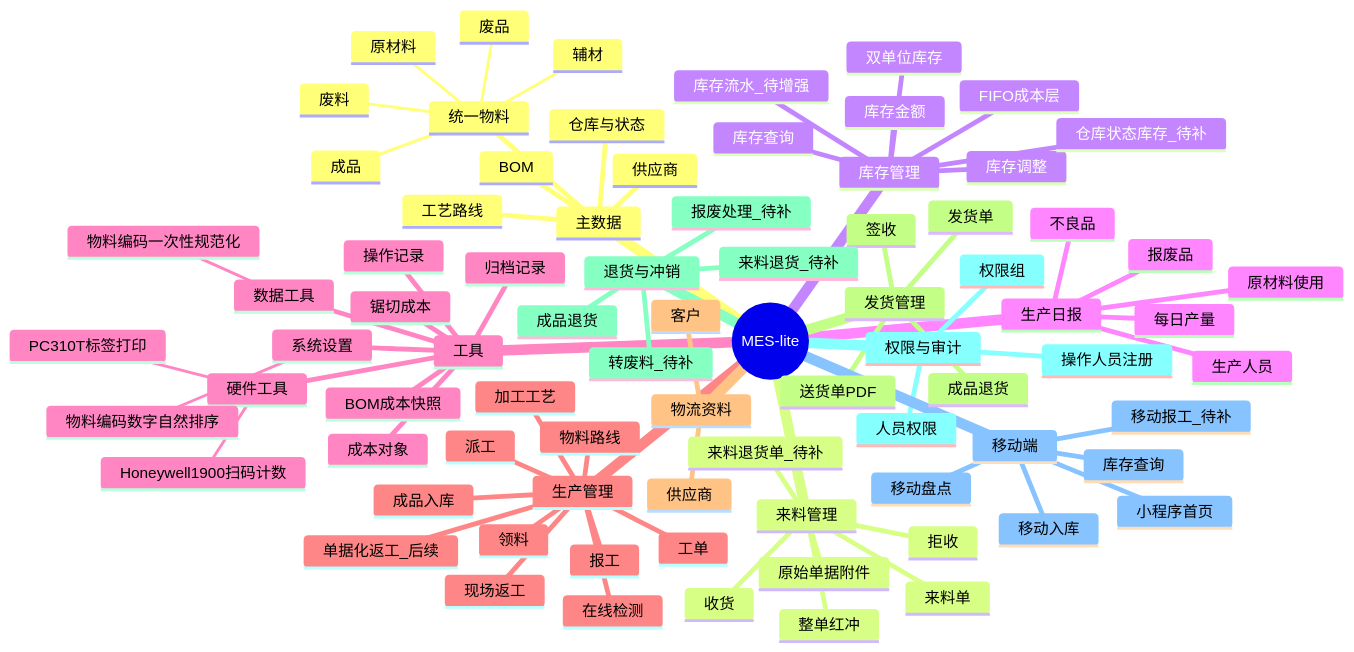
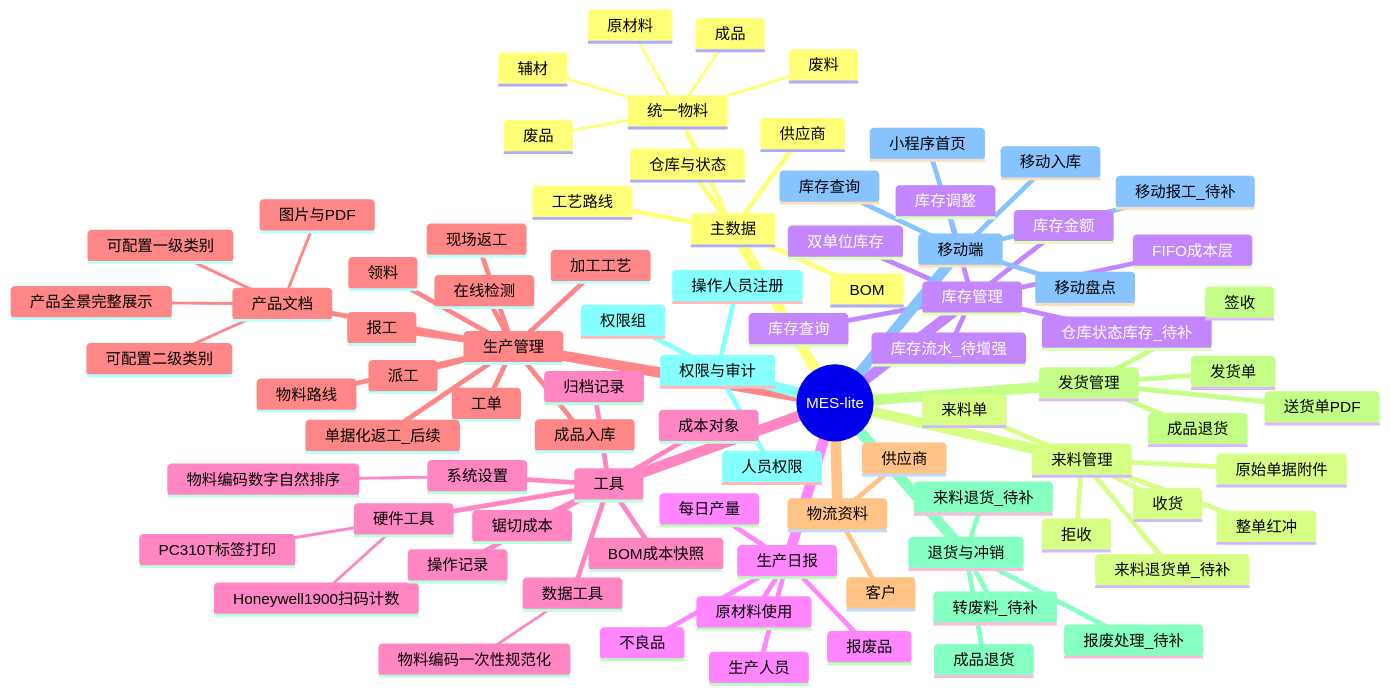
One commit to goldf2/mes-lite changed the first of 15 diagrams in docs/minierp/system-function-flow.md. Above: the diagram before and after it, drawn with Mermaid. The commit also changed other lines of this file and 27 other files, not shown here.

```diff
--- a/docs/minierp/system-function-flow.md
+++ b/docs/minierp/system-function-flow.md
@@ -64,6 +65,11 @@
       系统设置
         物料编码数字自然排序
     生产管理
+      产品文档
+        可配置一级类别
+        可配置二级类别
+        图片与PDF
+        产品全景完整展示
       工单
       领料
       派工
```
